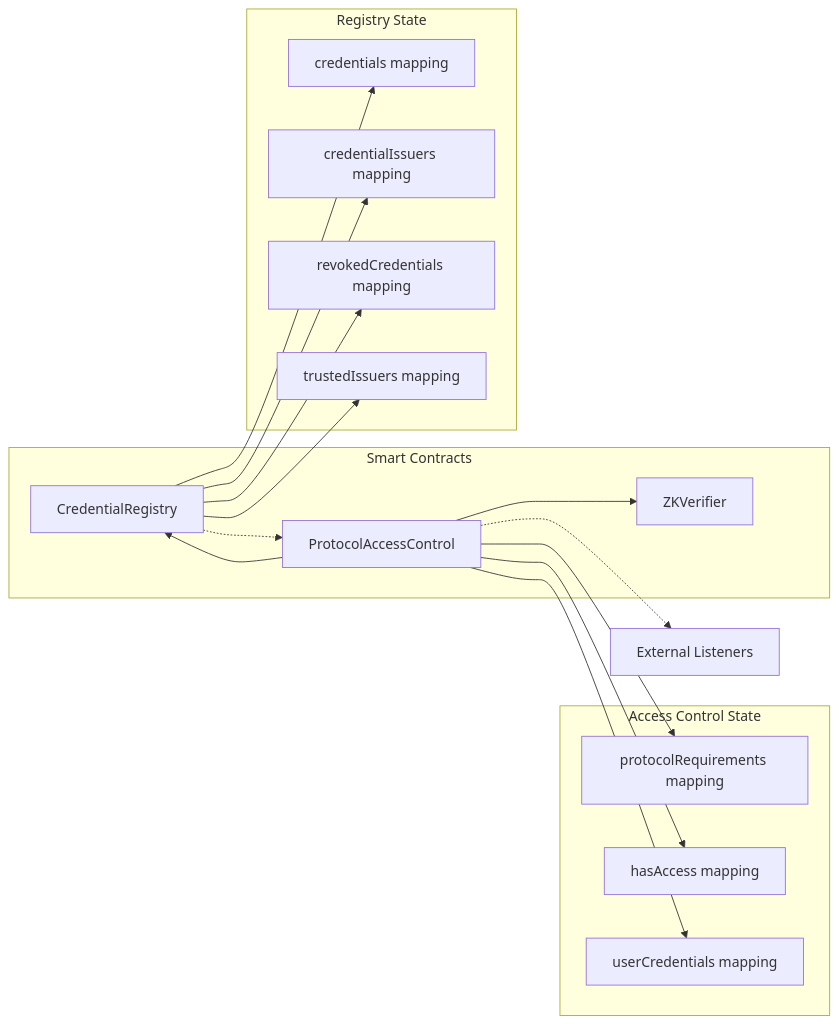
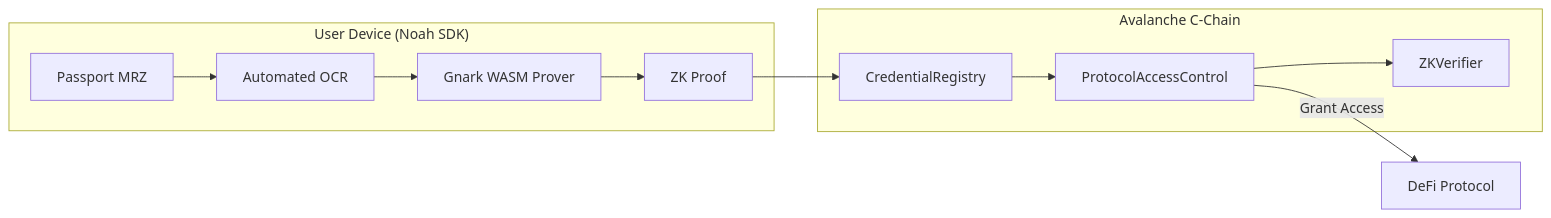
Before and after one commit to Samuel1-ona/Noah: the diagram in README.md, drawn with Mermaid. The commit also changed other lines of this file and 216 other files, not shown here.

````diff
--- a/README.md
+++ b/README.md
@@ -485,35 +17,16 @@
 ```mermaid
 graph LR
-    subgraph Contracts["Smart Contracts"]
-        Registry[CredentialRegistry]
-        AccessControl[ProtocolAccessControl]
-        Verifier[ZKVerifier]
+    subgraph Client["User Device (Noah SDK)"]
+        Passport[Passport MRZ] --> OCR[Automated OCR]
+        OCR --> WASM[Gnark WASM Prover]
+        WASM --> Proof[ZK Proof]
     end
-    
-    subgraph RegistryState["Registry State"]
-        Credentials[credentials mapping]
-        Issuers[credentialIssuers mapping]
-        Revoked[revokedCredentials mapping]
-        Trusted[trustedIssuers mapping]
+
+    subgraph Avalanche["Avalanche C-Chain"]
+        Proof --> Registry[CredentialRegistry]
+        Registry --> Access[ProtocolAccessControl]
+        Access --> Verifier[ZKVerifier]
     end
-    
-    subgraph AccessState["Access Control State"]
-        Requirements[protocolRequirements mapping]
-        Access[hasAccess mapping]
-        UserCreds[userCredentials mapping]
-    end
-    
-    Registry --> Credentials
-    Registry --> Issuers
-    Registry --> Revoked
-    Registry --> Trusted
-    
-    AccessControl --> Requirements
-    AccessControl --> Access
-    AccessControl --> UserCreds
-    AccessControl --> Registry
-    AccessControl --> Verifier
-    
-    Registry -.-> AccessControl
-    AccessControl -.-> External[External Listeners]
+
+    Access --> |Grant Access| DeFi[DeFi Protocol]
 ```
````
